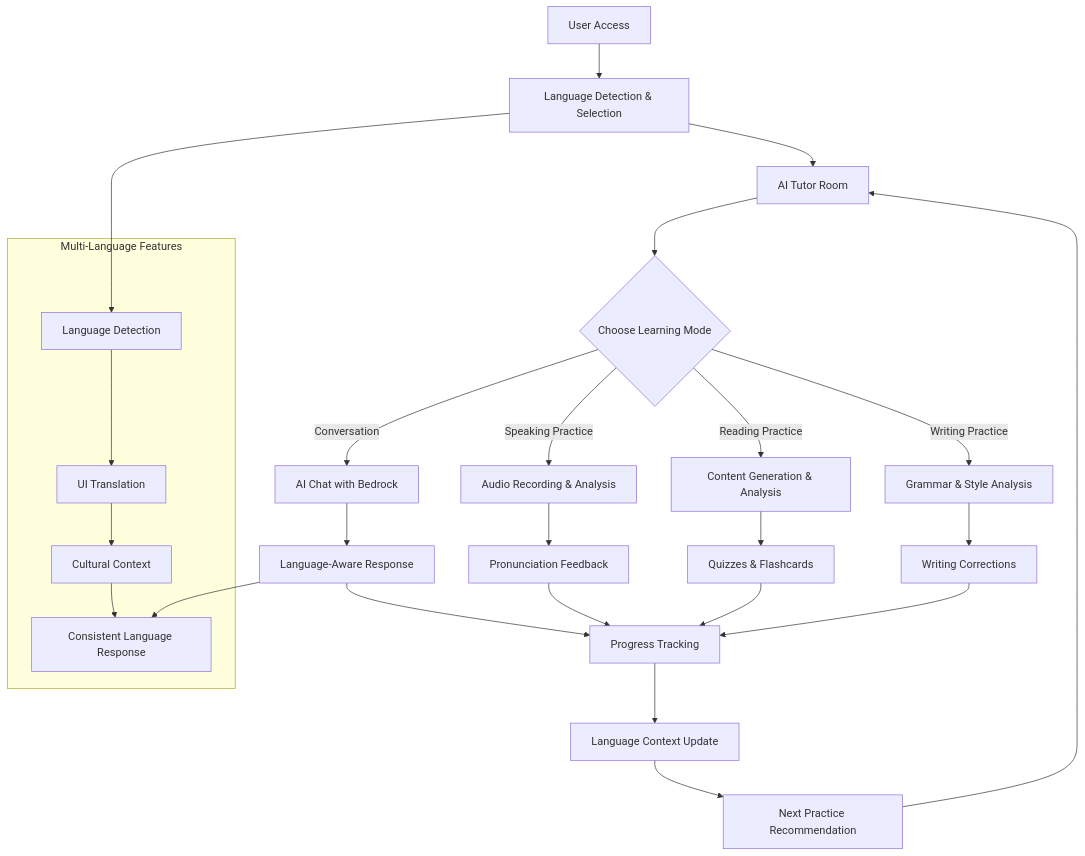
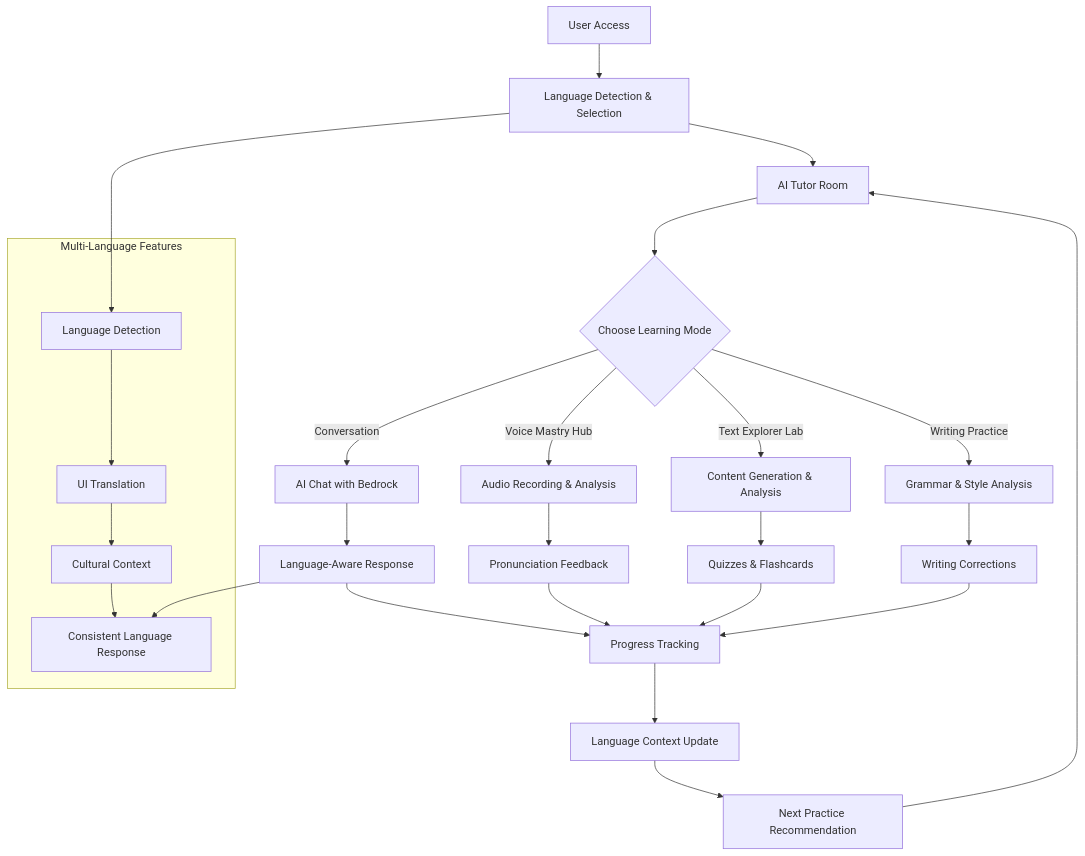
One commit to ryanlau1220/AI-Powered-Language-Learning-Companion changed the first of 2 diagrams in README.md. Above: the diagram before and after it, drawn with Mermaid. The commit also changed other lines of this file and 31 other files, not shown here.

````diff
--- a/README.md
+++ b/README.md
@@ -164,34 +164,34 @@
 ```mermaid
 flowchart TD
     A[User Access] --> B[Language Detection & Selection]
     B --> C[AI Tutor Room]
     C --> D{Choose Learning Mode}
     
     D -->|Conversation| E[AI Chat with Bedrock]
-    D -->|Speaking Practice| F[Audio Recording & Analysis]
-    D -->|Reading Practice| G[Content Generation & Analysis]
+    D -->|Voice Mastry Hub| F[Audio Recording & Analysis]
+    D -->|Text Explorer Lab| G[Content Generation & Analysis]
     D -->|Writing Practice| H[Grammar & Style Analysis]
     
     E --> I[Language-Aware Response]
     F --> J[Pronunciation Feedback]
     G --> K[Quizzes & Flashcards]
     H --> L[Writing Corrections]
     
     I --> M[Progress Tracking]
     J --> M
     K --> M
     L --> M
     
     M --> N[Language Context Update]
     N --> O[Next Practice Recommendation]
     O --> C
     
     subgraph "Multi-Language Features"
         P[Language Detection] --> Q[UI Translation]
         Q --> R[Cultural Context]
         R --> S[Consistent Language Response]
     end
     
     B --> P
     I --> S
 ```
````
